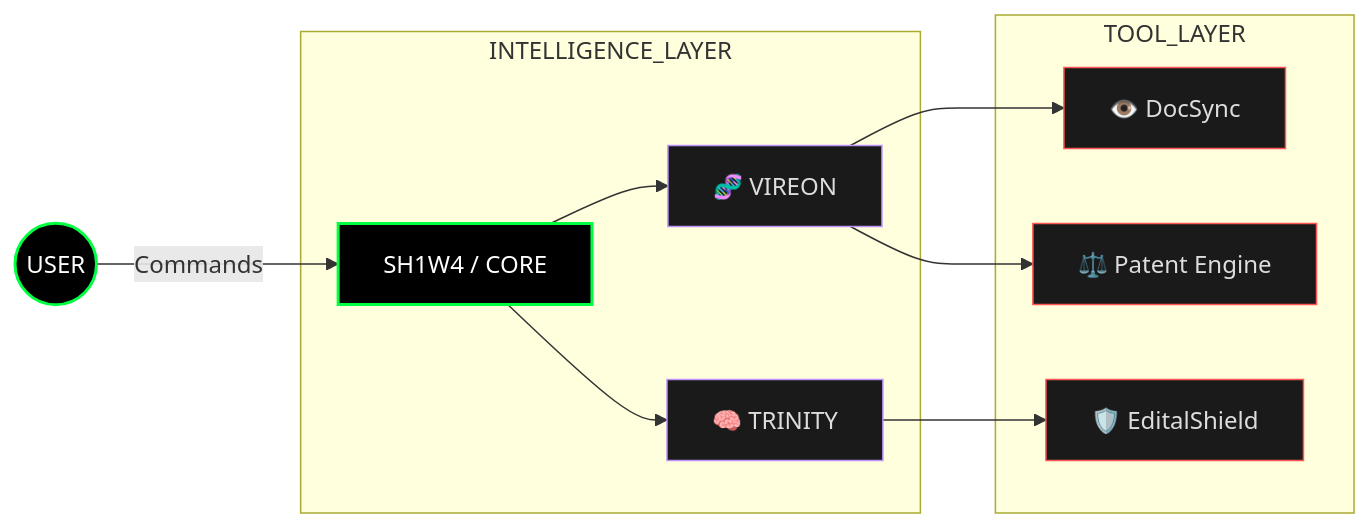
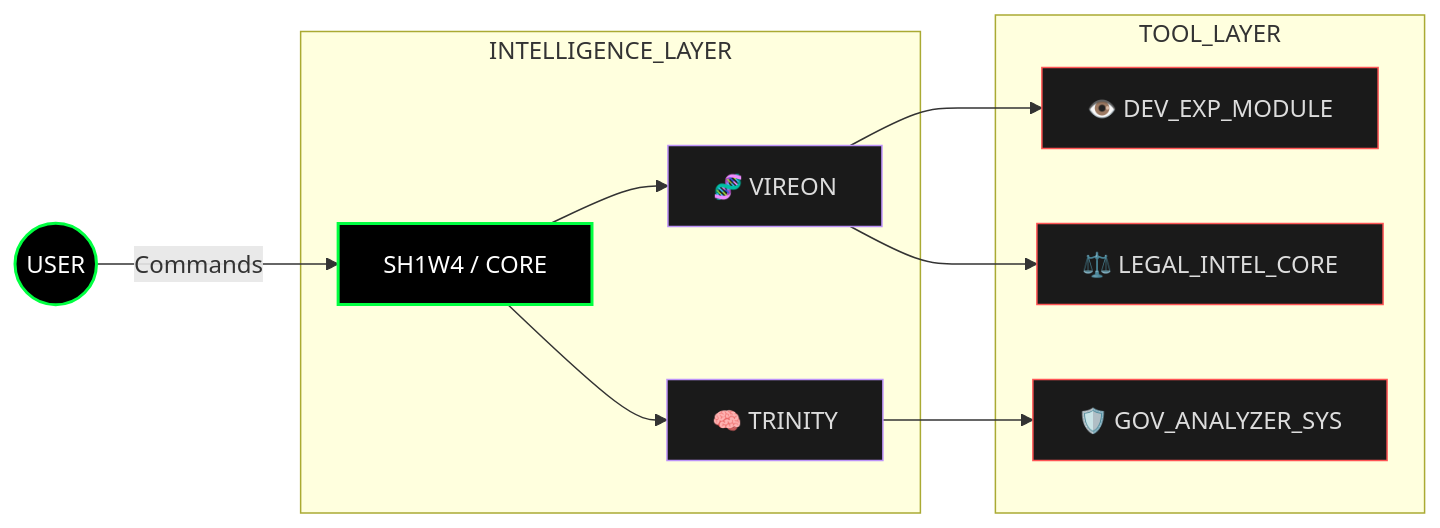
The diagram in README.md (SH1W4/sh1w4), drawn with Mermaid before and after one commit.

Commit message:
docs: anonymize strategic modules in architecture diagram

````diff
--- a/README.md
+++ b/README.md
@@ -57,24 +57,23 @@
 ```mermaid
 graph LR
     %% Theme: Dark Cyberpunk
     classDef core fill:#000,stroke:#00ff41,stroke-width:2px,color:#fff;
     classDef agent fill:#1a1a1a,stroke:#bd93f9,stroke-width:1px,color:#ddd;
     classDef tool fill:#1a1a1a,stroke:#ff5555,stroke-width:1px,color:#ddd;
 
     User((USER)):::core -->|Commands| Core[SH1W4 / CORE]:::core
     
     subgraph INTELLIGENCE_LAYER
         Core --> VIREON[🧬 VIREON]:::agent
         Core --> TRINITY[🧠 TRINITY]:::agent
     end
     
     subgraph TOOL_LAYER
-        VIREON --> DocSync[👁️ DocSync]:::tool
-        VIREON --> Patent[⚖️ Patent Engine]:::tool
-        TRINITY --> Edital[🛡️ EditalShield]:::tool
+        VIREON --> DX_KIT[👁️ DEV_EXP_MODULE]:::tool
+        VIREON --> LEGAL[⚖️ LEGAL_INTEL_CORE]:::tool
+        TRINITY --> GOV[🛡️ GOV_ANALYZER_SYS]:::tool
     end
     
-    click VIREON "https://github.com/SH1W4/vireon"
-    click DocSync "https://github.com/SH1W4/docsync"
-    click TRINITY "https://github.com/SH1W4/trinity-ai"
+    %% Links Removed for Confidentiality
+
 ```
````
